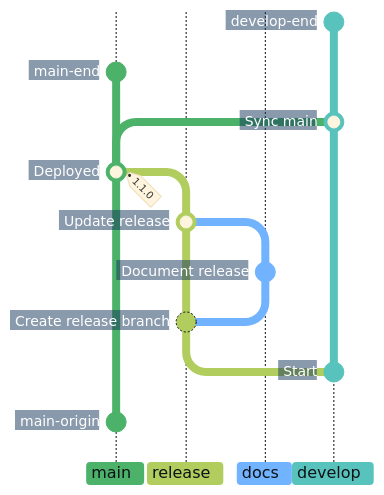
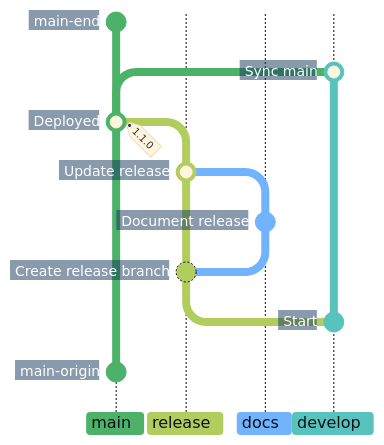
One commit to superhero/operations.superduper.solutions changed the sixth of 7 diagrams in docs/adr/cicd.md. Above: the diagram before and after it, drawn with Mermaid. The commit also changed other lines of this file, not shown here.

Commit message:
docs(cicd): shorten upward branch continuations

````diff
--- a/docs/adr/cicd.md
+++ b/docs/adr/cicd.md
@@ -250,32 +240,30 @@
 ```mermaid
-%%{init: {"theme": "base", "themeCSS": "line.branch { stroke: #8B949E; stroke-width: 1px; stroke-dasharray: 1 4; stroke-linecap: round; } .branchLabel, .tag-label { font-weight: 700; } .tag-label-bkg, .commit-label-bkg { opacity: 0.9; } .tag-label-bkg { fill: #B8E6C4; stroke: #8ED3A2; } .branchLabelBkg { opacity: 1; clip-path: inset(0 8px 0 0 round 4px) fill-box; } .commit-labels g:nth-last-of-type(-n+2), .commit.main-origin { visibility: hidden; } path.arrow3:not(.arrow3 ~ .arrow3) { filter: drop-shadow(0 50px 0 #57C3BC); } .commit-labels g:nth-of-type(-n+2), .commit.main-end, .commit.develop-end { visibility: hidden; } .commit-arrows path.arrow0:nth-last-child(2) { filter: drop-shadow(0 -50px 0 #4CB269); } .commit-labels g { transform-box: fill-box; transform-origin: calc(100% + 17px) calc(50% + 2px); transform: rotate(-10deg); } .commit-label { font-weight: 700; transform: translateX(-8px); } .commit-label-bkg { stroke: #17365D; stroke-width: 20px; transform: translateX(-5px); clip-path: polygon(-4px -4px, calc(100% + 4px) -4px, calc(100% + 10px) 50%, calc(100% + 4px) calc(100% + 4px), -4px calc(100% + 4px)) fill-box; } .commit.branch { stroke: #B1CD5E; stroke-dasharray: none; }", "gitGraph": {"showCommitLabel": true, "rotateCommitLabel": false}, "themeVariables": {
+%%{init: {"theme": "base", "themeCSS": "line.branch { stroke: #8B949E; stroke-width: 1px; stroke-dasharray: 1 4; stroke-linecap: round; } .branchLabel, .tag-label { font-weight: 700; } .tag-label-bkg, .commit-label-bkg { opacity: 0.9; } .tag-label-bkg { fill: #B8E6C4; stroke: #8ED3A2; } .branchLabelBkg { opacity: 1; clip-path: inset(0 8px 0 0 round 4px) fill-box; } .commit-labels g:nth-last-of-type(-n+2), .commit.main-origin { visibility: hidden; } path.arrow3:not(.arrow3 ~ .arrow3) { filter: drop-shadow(0 50px 0 #57C3BC); } .commit-labels g:first-of-type, .commit.main-end { visibility: hidden; } .commit-arrows path.arrow3:nth-last-child(3) { filter: drop-shadow(0 50px 0 #57C3BC) drop-shadow(0 -50px 0 #57C3BC); } .commit-labels g { transform-box: fill-box; transform-origin: calc(100% + 17px) calc(50% + 2px); transform: rotate(-10deg); } .commit-label { font-weight: 700; transform: translateX(-8px); } .commit-label-bkg { stroke: #17365D; stroke-width: 20px; transform: translateX(-5px); clip-path: polygon(-4px -4px, calc(100% + 4px) -4px, calc(100% + 10px) 50%, calc(100% + 4px) calc(100% + 4px), -4px calc(100% + 4px)) fill-box; } .commit.branch { stroke: #B1CD5E; stroke-dasharray: none; }", "gitGraph": {"showCommitLabel": true, "rotateCommitLabel": false}, "themeVariables": {
     "commitLabelFontSize": "14px", "commitLabelColor": "#FFFFFF", "commitLabelBackground": "#17365D",
     "git0": "#4CB269", "gitBranchLabel0": "#0D1117",
     "git1": "#B1CD5E", "gitBranchLabel1": "#0D1117",
     "git2": "#71B3FF", "gitBranchLabel2": "#0D1117",
     "git3": "#57C3BC", "gitBranchLabel3": "#0D1117"
 }}}%%
 gitGraph BT:
     %% Show existing main and develop lanes with earlier ancestry and initial notes omitted.
     branch develop order: 3
     checkout main
     %% Hide the main marker; extend develop by 50px below its visible release fork to align the starts.
     commit id: "main-origin"
     checkout develop
     commit id: "Start"
     branch release order: 1
     commit id: "Create release branch"
     branch docs order: 2
     commit id: "Document release"
     checkout release
     merge docs id: "Update release"
     checkout main
     merge release id: "Deployed" tag: "1.1.0"
     checkout develop
     merge main id: "Sync main"
-    %% Hidden endpoints continue both permanent branches; extend main by 50px to align the tips.
+    %% A hidden main endpoint and a 50px develop extension align the continuing tips.
     checkout main
     commit id: "main-end"
-    checkout develop
-    commit id: "develop-end"
 ```
````
